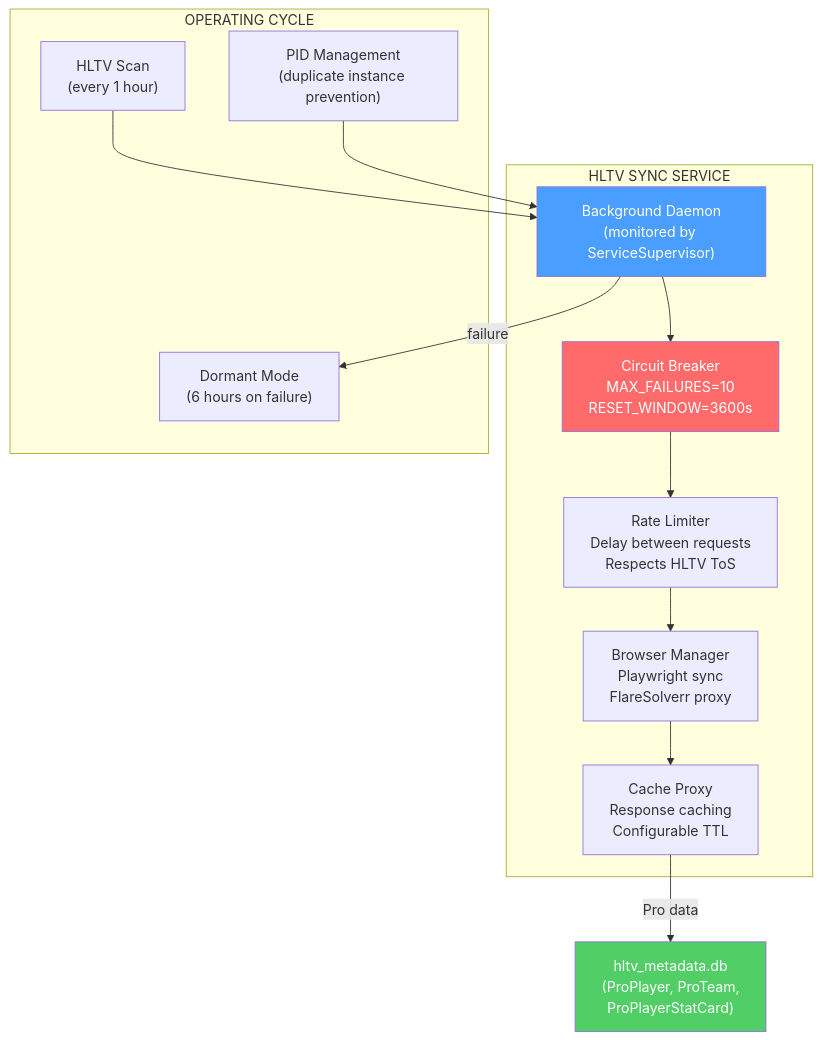
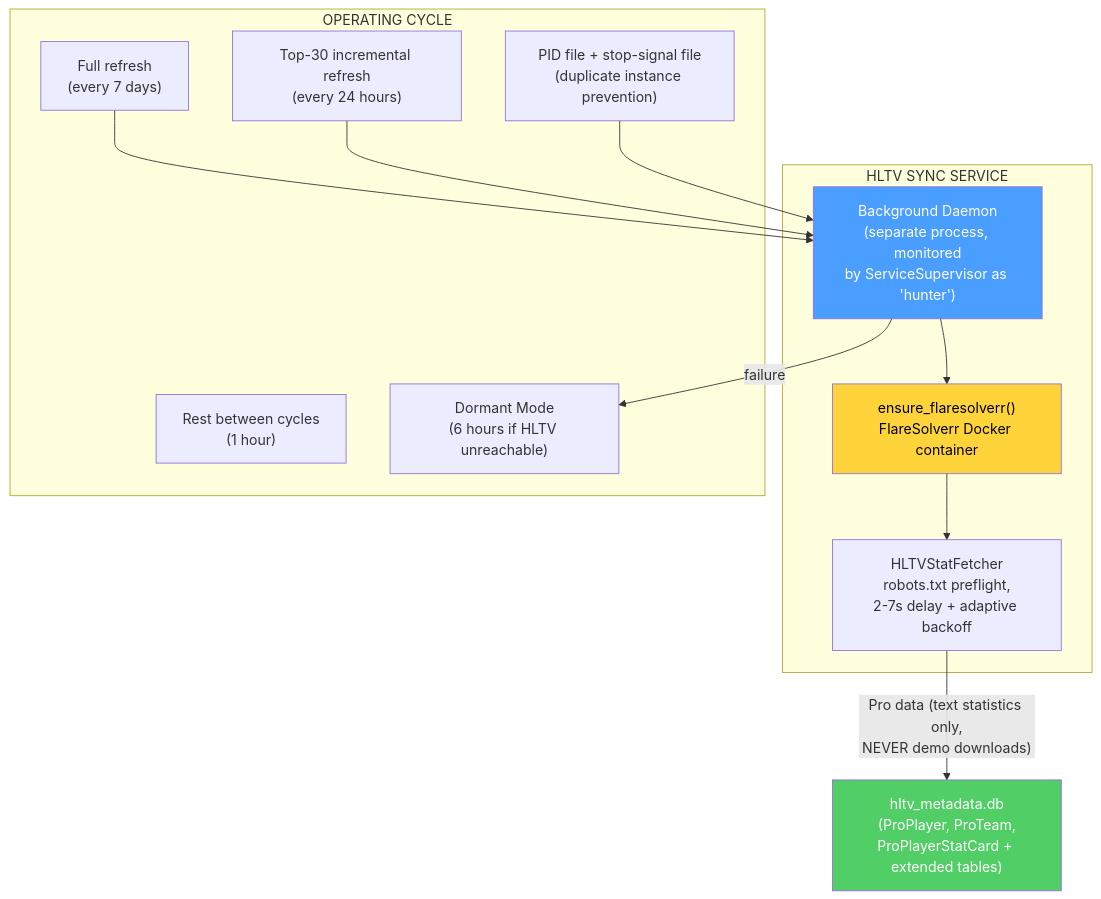
Before and after one commit to renanaugustomacena-ux/Counter-Strike-coach-AI: diagram 45 of 52 in docs/books/Book-Coach-3-en.md, drawn with Mermaid. The commit also changed other lines of this file and 36 other files, not shown here.

````diff
--- a/docs/books/Book-Coach-3-en.md
+++ b/docs/books/Book-Coach-3-en.md
@@ -2496,22 +2580,23 @@
 ```mermaid
 flowchart TB
     subgraph HLTV_SYNC["HLTV SYNC SERVICE"]
-        DAEMON["Background Daemon<br/>(monitored by ServiceSupervisor)"]
-        DAEMON --> CB["Circuit Breaker<br/>MAX_FAILURES=10<br/>RESET_WINDOW=3600s"]
-        CB --> RL["Rate Limiter<br/>Delay between requests<br/>Respects HLTV ToS"]
-        RL --> BM["Browser Manager<br/>Playwright sync<br/>FlareSolverr proxy"]
-        BM --> CP["Cache Proxy<br/>Response caching<br/>Configurable TTL"]
+        DAEMON["Background Daemon<br/>(separate process, monitored<br/>by ServiceSupervisor as 'hunter')"]
+        DAEMON --> FS["ensure_flaresolverr()<br/>FlareSolverr Docker container"]
+        FS --> FETCH["HLTVStatFetcher<br/>robots.txt preflight,<br/>2-7s delay + adaptive backoff"]
     end
     subgraph CYCLE["OPERATING CYCLE"]
-        SCAN["HLTV Scan<br/>(every 1 hour)"]
-        DORMANT["Dormant Mode<br/>(6 hours on failure)"]
-        PID["PID Management<br/>(duplicate instance prevention)"]
+        FULL["Full refresh<br/>(every 7 days)"]
+        INCR["Top-30 incremental refresh<br/>(every 24 hours)"]
+        REST["Rest between cycles<br/>(1 hour)"]
+        DORMANT["Dormant Mode<br/>(6 hours if HLTV unreachable)"]
+        PID["PID file + stop-signal file<br/>(duplicate instance prevention)"]
     end
-    CP -->|"Pro data"| DB["hltv_metadata.db<br/>(ProPlayer, ProTeam,<br/>ProPlayerStatCard)"]
-    SCAN --> DAEMON
+    FETCH -->|"Pro data (text statistics only,<br/>NEVER demo downloads)"| DB["hltv_metadata.db<br/>(ProPlayer, ProTeam,<br/>ProPlayerStatCard + extended tables)"]
+    FULL --> DAEMON
+    INCR --> DAEMON
     DAEMON -->|"failure"| DORMANT
     PID --> DAEMON
     style DAEMON fill:#4a9eff,color:#fff
-    style CB fill:#ff6b6b,color:#fff
+    style FS fill:#ffd43b,color:#000
     style DB fill:#51cf66,color:#fff
 ```
````
